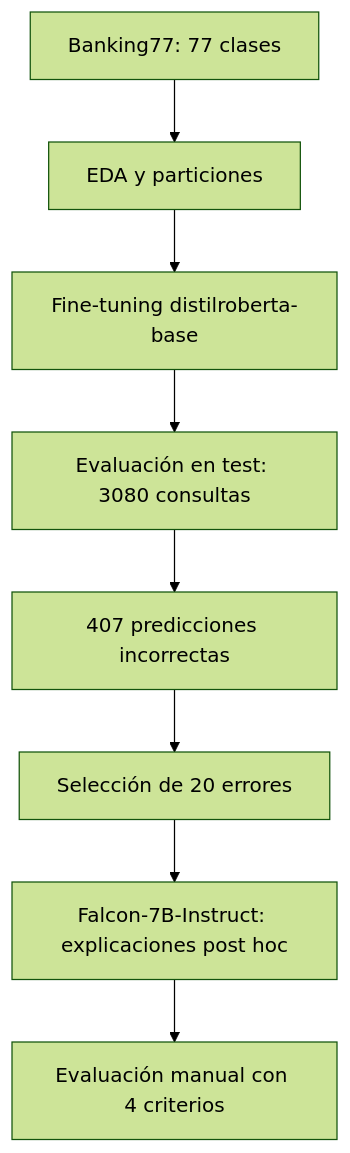
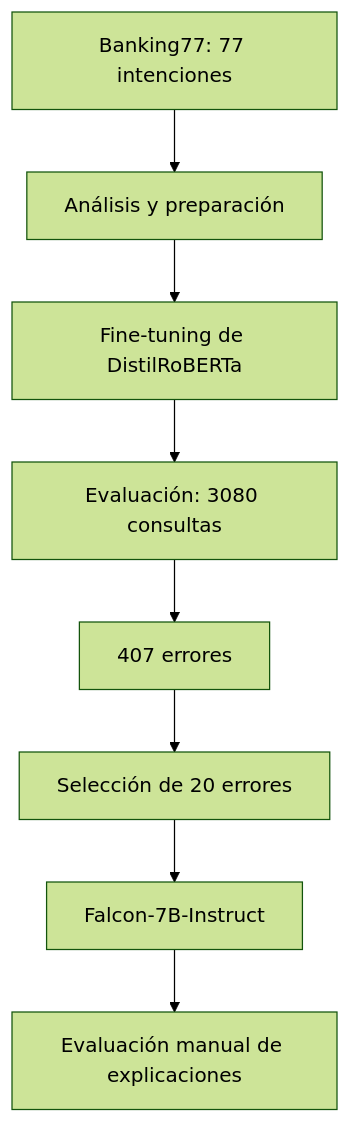
The diagram in README.md (isaiassolis/banking77-transformer-llm-error-analysis), drawn with Mermaid (forest theme) before and after one commit. The commit also changed other lines of this file, not shown here.

Commit message:
docs: present Banking77 NLP experiment and LLM error analysis in first person

````diff
--- a/README.md
+++ b/README.md
@@ -25,10 +36,10 @@
 ```mermaid
 flowchart TD
-  A[Banking77: 77 clases] --> B[EDA y particiones]
-  B --> C[Fine-tuning distilroberta-base]
-  C --> D[Evaluación en test: 3080 consultas]
-  D --> E[407 predicciones incorrectas]
+  A[Banking77: 77 intenciones] --> B[Análisis y preparación]
+  B --> C[Fine-tuning de DistilRoBERTa]
+  C --> D[Evaluación: 3080 consultas]
+  D --> E[407 errores]
   E --> F[Selección de 20 errores]
-  F --> G[Falcon-7B-Instruct: explicaciones post hoc]
-  G --> H[Evaluación manual con 4 criterios]
+  F --> G[Falcon-7B-Instruct]
+  G --> H[Evaluación manual de explicaciones]
 ```
````
